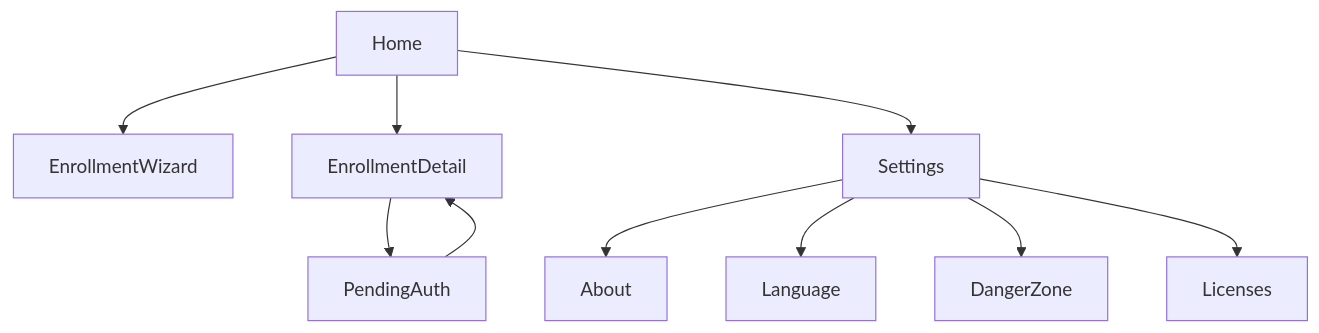
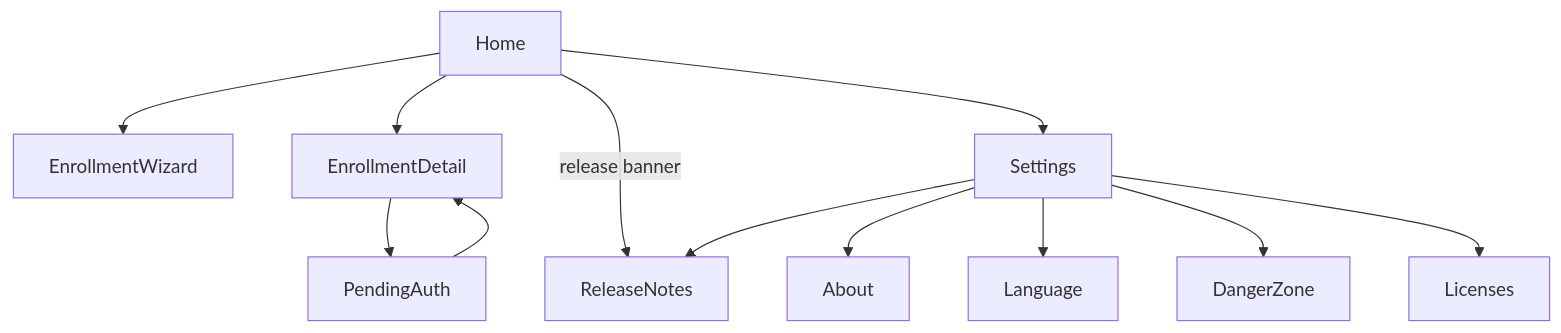
The first of 3 diagrams in ezkey_mobile/docs/MOBILE_SCREENS_AND_WIREFLOWS.md (mgagp/ezkey), drawn with Mermaid before and after one commit. The commit also changed other lines of this file and 37 other files, not shown here.

````diff
--- a/ezkey_mobile/docs/MOBILE_SCREENS_AND_WIREFLOWS.md
+++ b/ezkey_mobile/docs/MOBILE_SCREENS_AND_WIREFLOWS.md
@@ -14,12 +14,14 @@
 ```mermaid
 flowchart TD
   Home --> EnrollmentWizard
   Home --> EnrollmentDetail
   EnrollmentDetail --> PendingAuth
   Home --> Settings
+  Home -->|release banner| ReleaseNotes
+  Settings --> ReleaseNotes
   Settings --> About
   Settings --> Language
   Settings --> DangerZone
   Settings --> Licenses
   PendingAuth --> EnrollmentDetail
 ```
````
